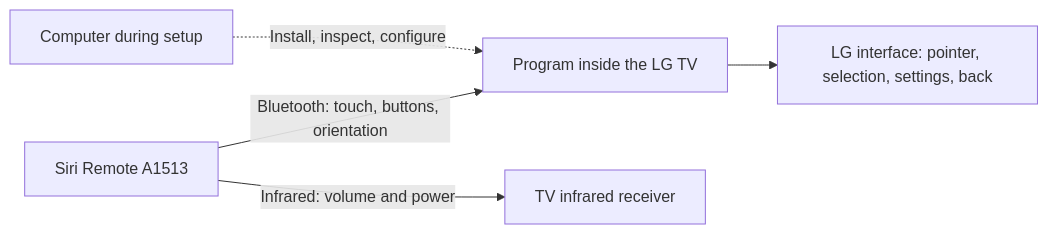
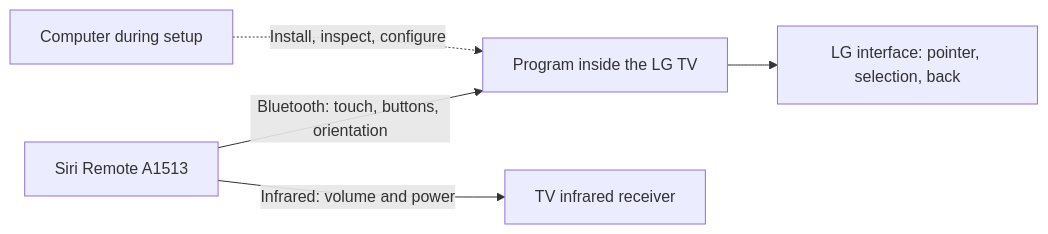
One commit to super-dog-human/magic-sirimote changed the first of 8 diagrams in README.md. Above: the diagram before and after it, drawn with Mermaid. The commit also changed other lines of this file and 9 other files, not shown here.

````diff
--- a/README.md
+++ b/README.md
@@ -53,7 +53,7 @@
 ```mermaid
 flowchart LR
     R["Siri Remote A1513"] -->|"Bluetooth: touch, buttons, orientation"| B["Program inside the LG TV"]
-    B --> UI["LG interface: pointer, selection, settings, back"]
+    B --> UI["LG interface: pointer, selection, back"]
     R -->|"Infrared: volume and power"| IR["TV infrared receiver"]
     PC["Computer during setup"] -. "Install, inspect, configure" .-> B
 ```
````
